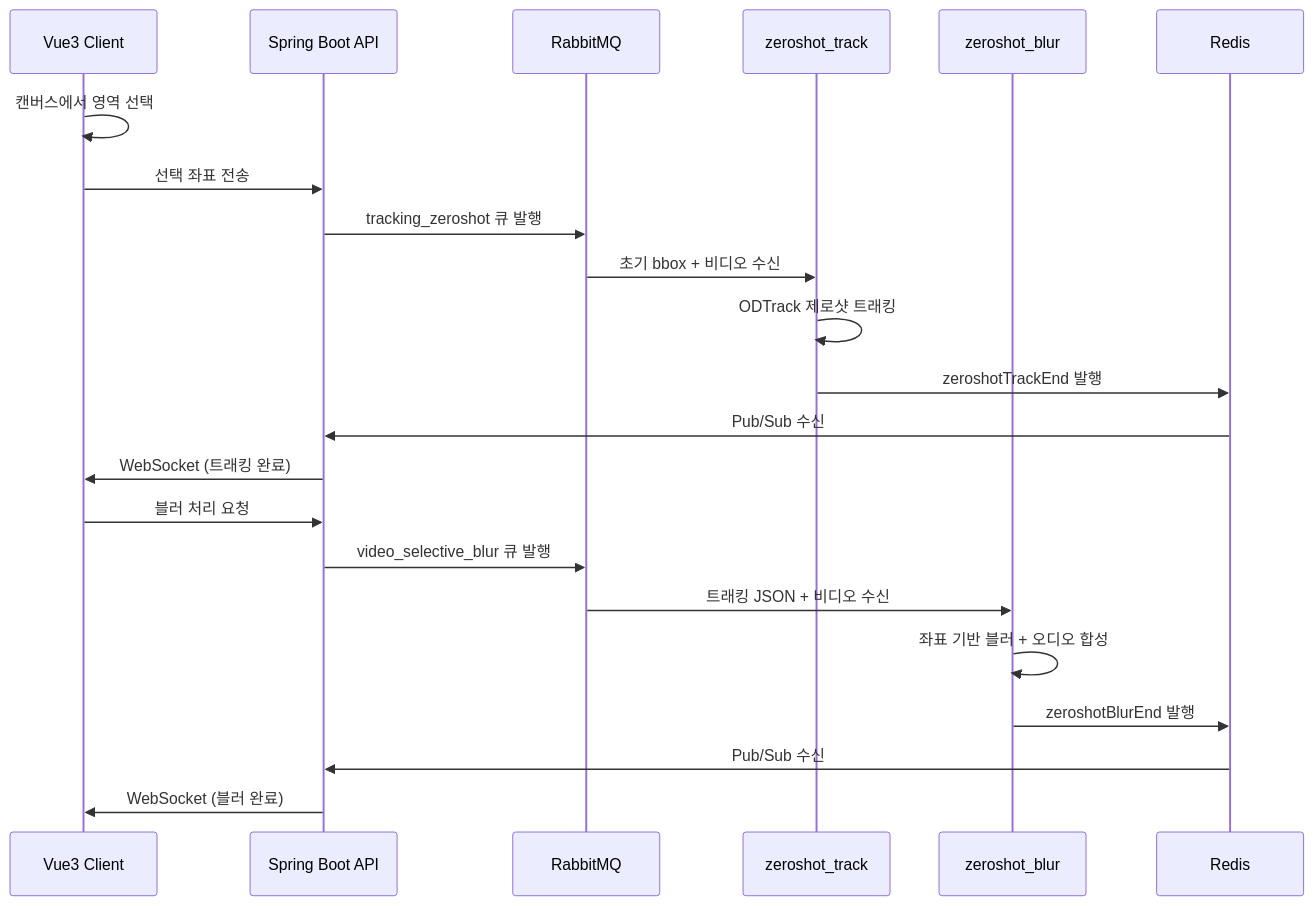
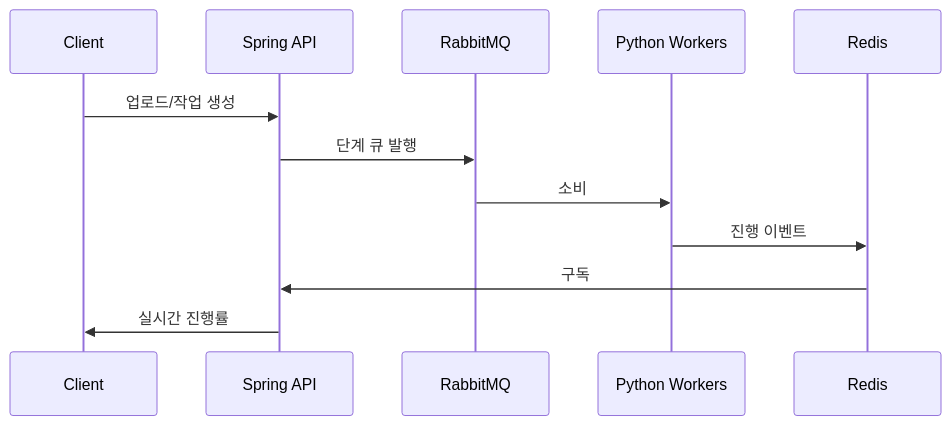
One commit to eatdu0918/portfolio changed the diagram in content/projects/heidi/architecture.md. Above: the diagram before and after it, drawn with Mermaid. The commit also changed other lines of this file and 41 other files, not shown here.

````diff
--- a/content/projects/heidi/architecture.md
+++ b/content/projects/heidi/architecture.md
@@ -146,28 +52,14 @@
 ```mermaid
 sequenceDiagram
-    participant Client as Vue3 Client
-    participant API as Spring Boot API
+    participant C as Client
+    participant API as Spring API
     participant MQ as RabbitMQ
-    participant TRACK as zeroshot_track
-    participant BLUR as zeroshot_blur
-    participant Redis as Redis
-    
-    Client->>Client: 캔버스에서 영역 선택
-    Client->>API: 선택 좌표 전송
-    API->>MQ: tracking_zeroshot 큐 발행
-    
-    MQ->>TRACK: 초기 bbox + 비디오 수신
-    TRACK->>TRACK: ODTrack 제로샷 트래킹
-    TRACK->>Redis: zeroshotTrackEnd 발행
-    Redis->>API: Pub/Sub 수신
-    API->>Client: WebSocket (트래킹 완료)
-    
-    Client->>API: 블러 처리 요청
-    API->>MQ: video_selective_blur 큐 발행
-    
-    MQ->>BLUR: 트래킹 JSON + 비디오 수신
-    BLUR->>BLUR: 좌표 기반 블러 + 오디오 합성
-    BLUR->>Redis: zeroshotBlurEnd 발행
-    Redis->>API: Pub/Sub 수신
-    API->>Client: WebSocket (블러 완료)
+    participant W as Python Workers
+    participant R as Redis
+    C->>API: 업로드/작업 생성
+    API->>MQ: 단계 큐 발행
+    MQ->>W: 소비
+    W->>R: 진행 이벤트
+    R->>API: 구독
+    API->>C: 실시간 진행률
 ```
````
